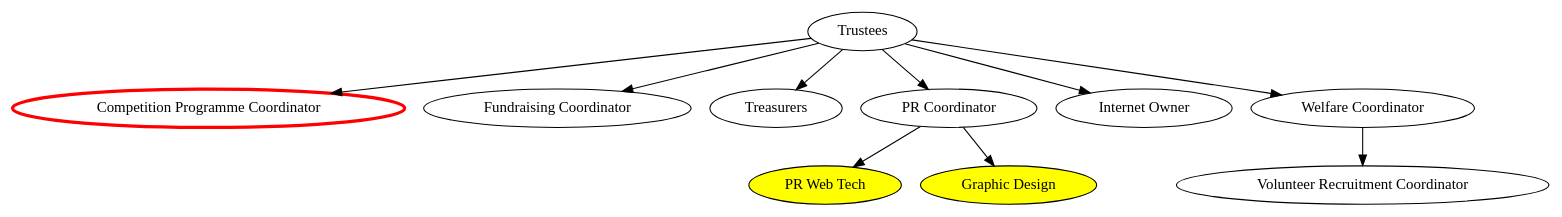
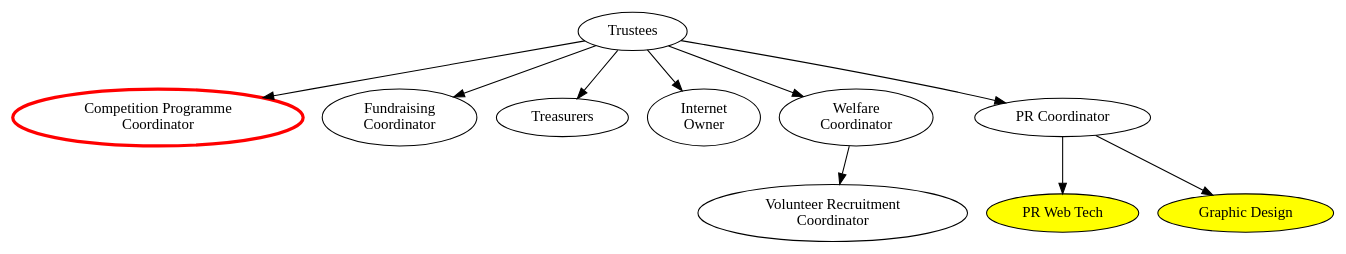
The diagram in org-chart/top.dot (Adimote/legacy-ops-manual), drawn with Graphviz before and after one commit. The commit also changed 5 other files, not shown here.

First line of the commit message:
Improve layout of comp org charts

```diff
--- a/org-chart/top.dot
+++ b/org-chart/top.dot
@@ -1,29 +1,29 @@
 digraph {
 	####### Node declarations
 	### Highest-level
 	trustees [label="Trustees" email="trustees@studentrobotics.org"];
 	
 	### Second level
-	comp_prog_coord [label="Competition Programme Coordinator" color=red penwidth=3 rolesexclude=true]; // Email and tel defined in comp-prog.dot
-	fund_coord [label="Fundraising Coordinator" email="fundraising@studentrobotics.org"];
+	comp_prog_coord [label="Competition Programme\nCoordinator" color=red penwidth=3 rolesexclude=true]; // Email and tel defined in comp-prog.dot
+	fund_coord [label="Fundraising\nCoordinator" email="fundraising@studentrobotics.org"];
 	treasurers [label="Treasurers" email="treasurers@studentrobotics.org"];
+	internet_owner [label="Internet\nOwner" email="internet@studentrobotics.org"];
+	welfare_coord [label="Welfare\nCoordinator" email="welfare@studentrobotics.org"];
 	pr_coord [label="PR Coordinator" email="pr@studentrobotics.org"];
-	internet_owner [label="Internet Owner" email="internet@studentrobotics.org"];
-	welfare_coord [label="Welfare Coordinator" email="welfare@studentrobotics.org"];
 	
 	### Third Level
 	
 	# PR Coordinator Subordinates
 	pr_web_tech [label="PR Web Tech" fillcolor=yellow style=filled contactsexclude=true];
 	graphic_design [label="Graphic Design" fillcolor=yellow style=filled contactsexclude=true];
 	
 	# Welfare Coordinator Subordinates
-	vol_rec_coord[label="Volunteer Recruitment Coordinator" email="volunteer-recruitment@studentrobotics.org"];
+	vol_rec_coord[label="Volunteer Recruitment\nCoordinator" email="volunteer-recruitment@studentrobotics.org"];
 	
 	###### Connections between nodes
 	
 	trustees -> { comp_prog_coord fund_coord treasurers pr_coord internet_owner welfare_coord };
 	
 	pr_coord -> { pr_web_tech graphic_design };
 	welfare_coord -> { vol_rec_coord };
 }
```
